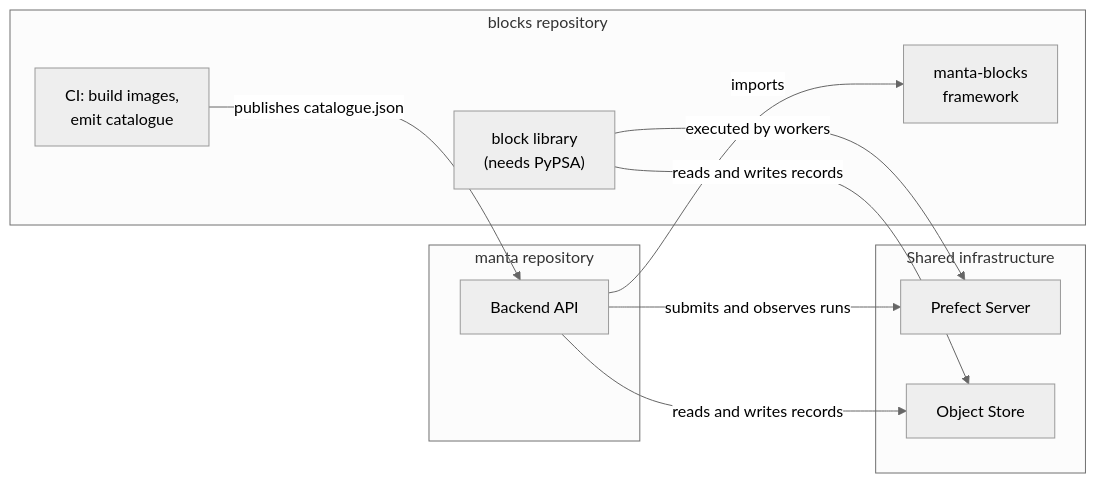
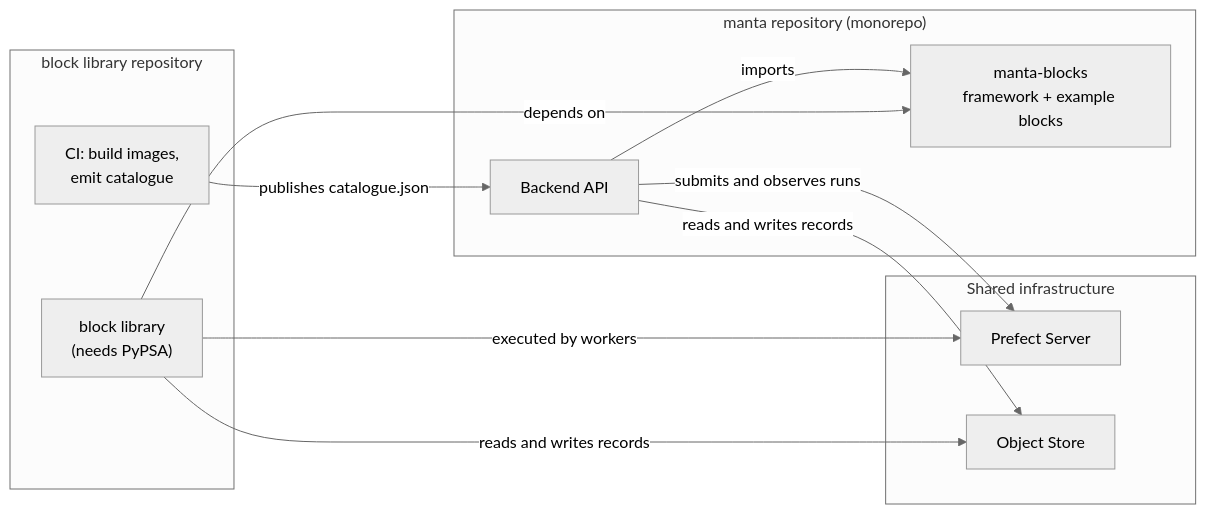
Before and after one commit to manta-plan/manta: the diagram in docs/design/05-repository-interface.md, drawn with Mermaid (neutral theme). The commit also changed other lines of this file and 7 other files, not shown here.

First line of the commit message:
docs(design): move deployment apply to Manta, adopt monorepo + library split

````diff
--- a/docs/design/05-repository-interface.md
+++ b/docs/design/05-repository-interface.md
@@ -13,22 +19,23 @@
 ```mermaid
 flowchart LR
-    subgraph manta["manta repository"]
+    subgraph monorepo["manta repository (monorepo)"]
         api["Backend API"]
+        lib["manta-blocks<br/>framework + example blocks"]
     end
-    subgraph blocks["blocks repository"]
-        lib["manta-blocks<br/>framework"]
+    subgraph libraryrepo["block library repository"]
         library["block library<br/>(needs PyPSA)"]
         ci["CI: build images,<br/>emit catalogue"]
     end
     subgraph shared["Shared infrastructure"]
         prefect["Prefect Server"]
         s3["Object Store"]
     end
 
     api -->|imports| lib
+    library -->|depends on| lib
     ci -->|publishes catalogue.json| api
     api -->|submits and observes runs| prefect
     library -->|executed by workers| prefect
     library -->|reads and writes records| s3
     api -->|reads and writes records| s3
 ```
````
